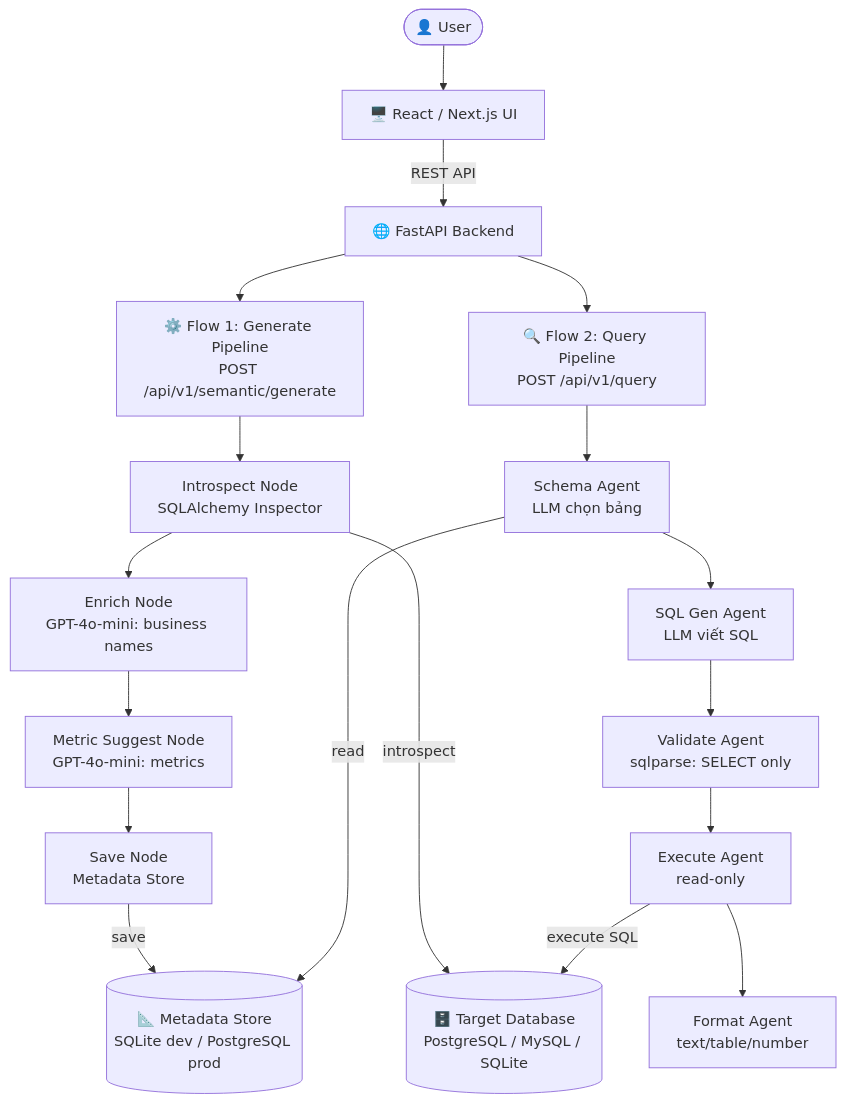
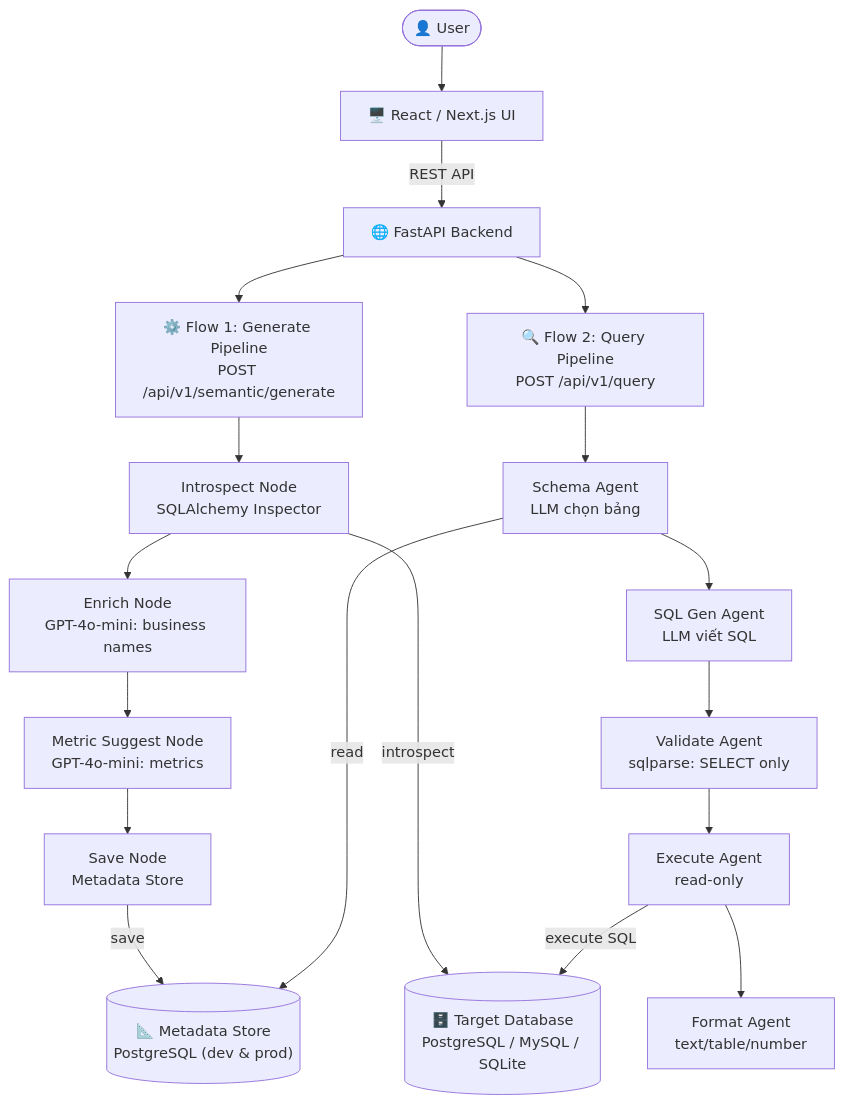
One commit to QuanAnh280605/P-069 changed the first of 3 diagrams in docs/architecture_diagram.md. Above: the diagram before and after it, drawn with Mermaid. The commit also changed other lines of this file and 3 other files, not shown here.

````diff
--- a/docs/architecture_diagram.md
+++ b/docs/architecture_diagram.md
@@ -5,24 +5,24 @@
 ```mermaid
 graph TB
     User(["👤 User"]) --> UI["🖥️ React / Next.js UI"]
     UI -->|"REST API"| API["🌐 FastAPI Backend"]
 
     API --> GEN["⚙️ Flow 1: Generate Pipeline\nPOST /api/v1/semantic/generate"]
     API --> QRY["🔍 Flow 2: Query Pipeline\nPOST /api/v1/query"]
 
     GEN --> G1["Introspect Node\nSQLAlchemy Inspector"]
     G1 --> G2["Enrich Node\nGPT-4o-mini: business names"]
     G2 --> G3["Metric Suggest Node\nGPT-4o-mini: metrics"]
     G3 --> G4["Save Node\nMetadata Store"]
 
     QRY --> Q1["Schema Agent\nLLM chọn bảng"]
     Q1 --> Q2["SQL Gen Agent\nLLM viết SQL"]
     Q2 --> Q3["Validate Agent\nsqlparse: SELECT only"]
     Q3 --> Q4["Execute Agent\nread-only"]
     Q4 --> Q5["Format Agent\ntext/table/number"]
 
     G1 -->|introspect| DB[("🗄️ Target Database\nPostgreSQL / MySQL / SQLite")]
-    G4 -->|save| META[("📐 Metadata Store\nSQLite dev / PostgreSQL prod")]
+    G4 -->|save| META[("📐 Metadata Store\nPostgreSQL (dev & prod)")]
     Q1 -->|read| META
     Q4 -->|execute SQL| DB
 ```
````
